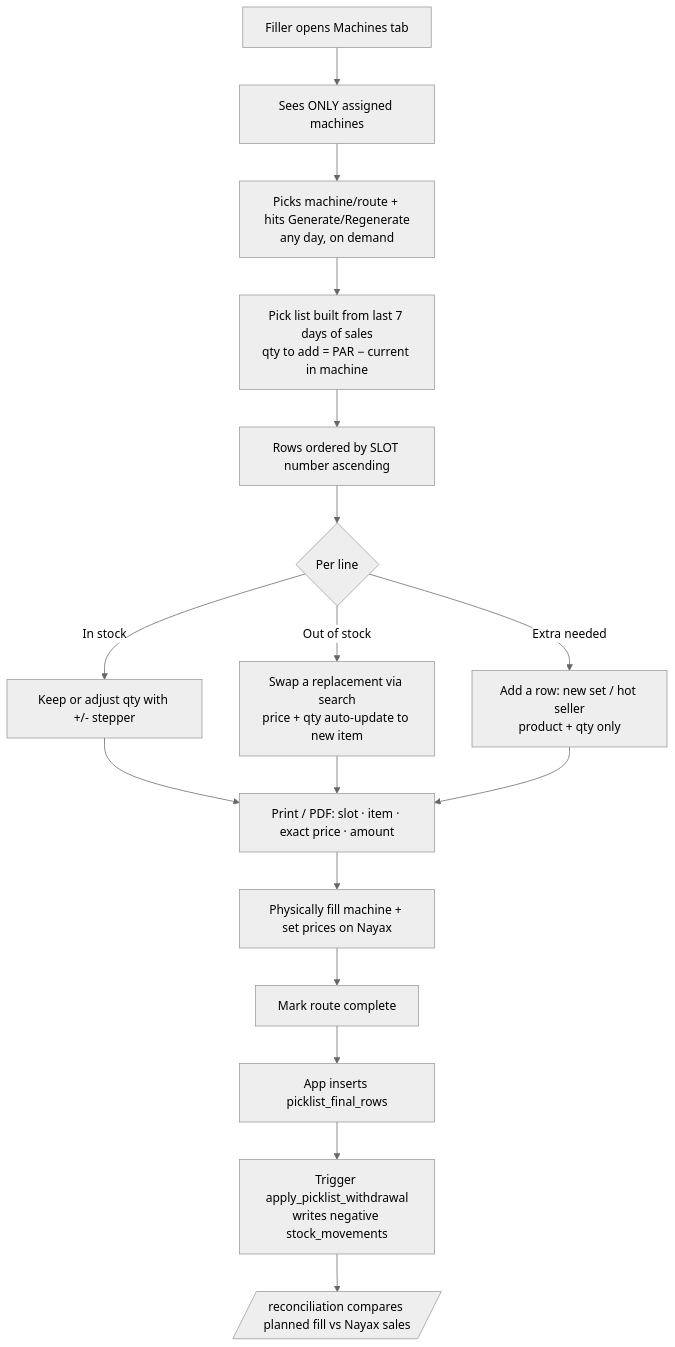
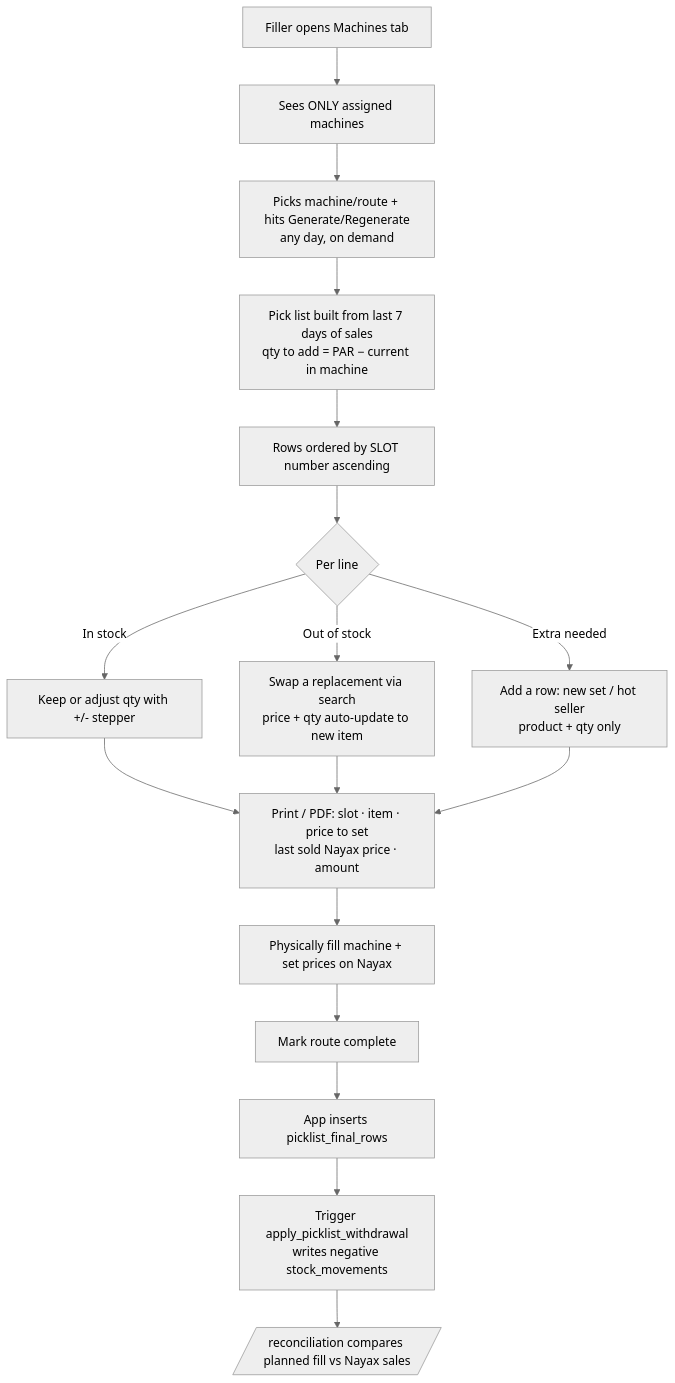
Before and after one commit to josh441/gameguys-proposed-ui: the second of 7 diagrams in BUILD-PLAN.md, drawn with Mermaid (neutral theme). The commit also changed other lines of this file and 6 other files, not shown here.

Commit message:
feat: print Nayax last-sold prices

````diff
--- a/BUILD-PLAN.md
+++ b/BUILD-PLAN.md
@@ -156,19 +156,19 @@
 ```mermaid
 flowchart TD
   A[Filler opens Machines tab] --> B[Sees ONLY assigned machines]
   B --> C[Picks machine/route + hits Generate/Regenerate<br/>any day, on demand]
   C --> D[Pick list built from last 7 days of sales<br/>qty to add = PAR − current in machine]
   D --> E[Rows ordered by SLOT number ascending]
   E --> F{Per line}
   F -- In stock --> G[Keep or adjust qty with +/- stepper]
   F -- Out of stock --> H[Swap a replacement via search<br/>price + qty auto-update to new item]
   F -- Extra needed --> J[Add a row: new set / hot seller<br/>product + qty only]
-  G --> K[Print / PDF: slot · item · exact price · amount]
+  G --> K[Print / PDF: slot · item · price to set<br/>last sold Nayax price · amount]
   H --> K
   J --> K
   K --> L[Physically fill machine + set prices on Nayax]
   L --> M[Mark route complete]
   M --> N[App inserts picklist_final_rows]
   N --> O[Trigger apply_picklist_withdrawal<br/>writes negative stock_movements]
   O --> P[/reconciliation compares planned fill vs Nayax sales/]
 ```
````
